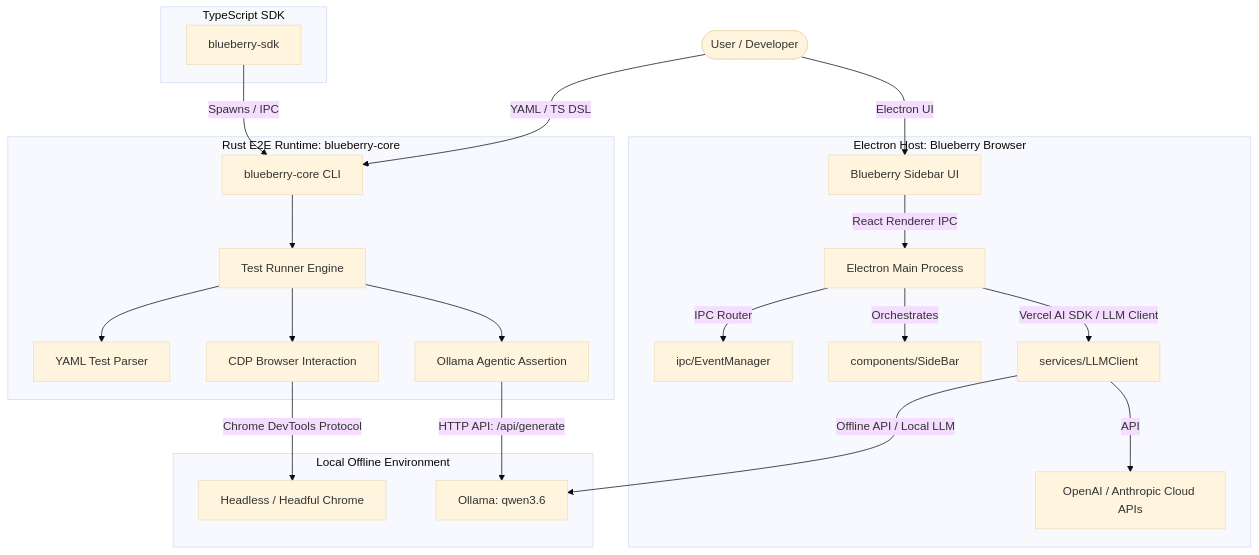
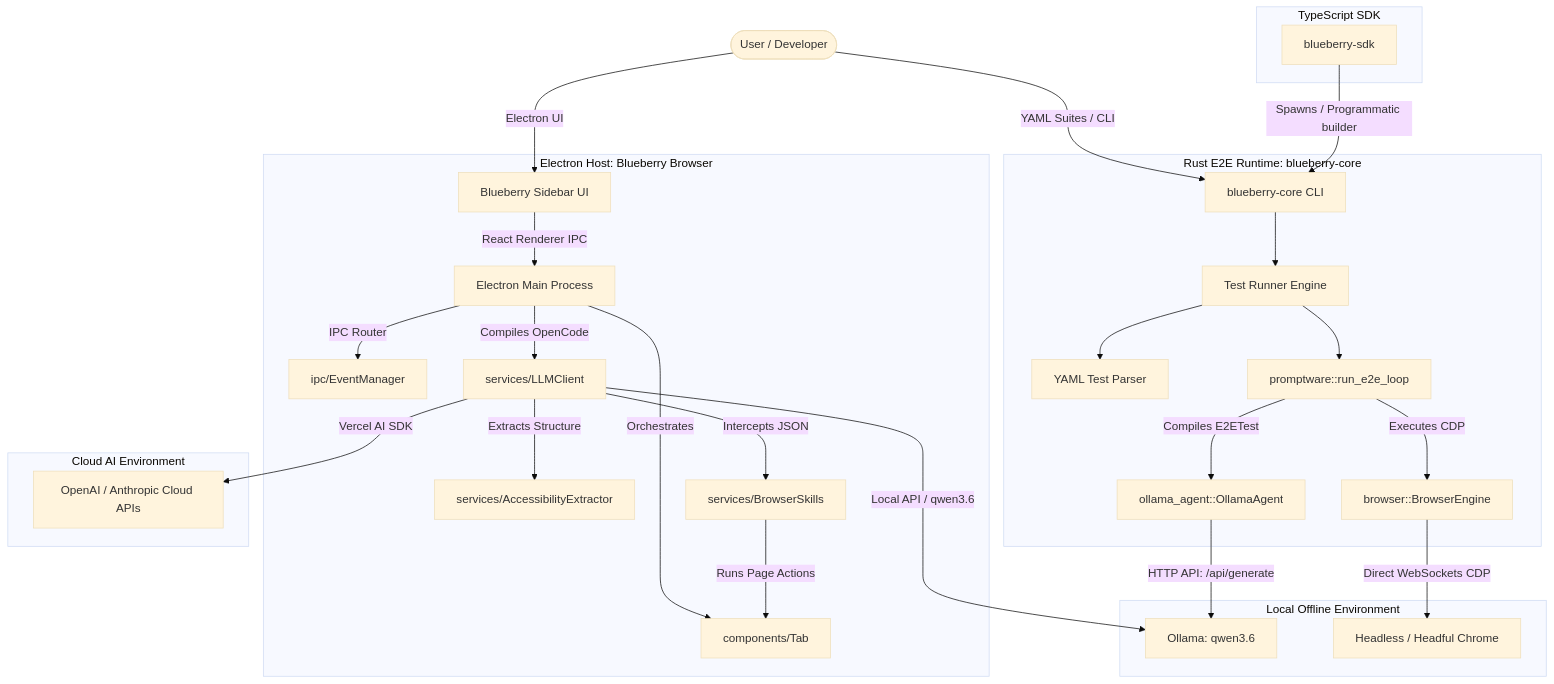
One commit to rorychatt/blueberry-browser changed the diagram in arch.md. Above: the diagram before and after it, drawn with Mermaid (base theme). The commit also changed other lines of this file, not shown here.

Commit message:
docs: update arch.md with Rust core engine details and promptware workflows

````diff
--- a/arch.md
+++ b/arch.md
@@ -11,30 +11,37 @@
 ```mermaid
 graph TD
-    User([User / Developer]) -->|YAML / TS DSL| CoreCLI[blueberry-core CLI]
-    User -->|Electron UI| BrowserUI[Blueberry Sidebar UI]
+    User([User / Developer]) -->|Electron UI| BrowserUI[Blueberry Sidebar UI]
+    User -->|YAML Suites / CLI| CoreCLI[blueberry-core CLI]
+
+    subgraph electron_app [Electron Host: Blueberry Browser]
+        BrowserUI -->|React Renderer IPC| MainProcess[Electron Main Process]
+        MainProcess -->|IPC Router| EventManager[ipc/EventManager]
+        MainProcess -->|Orchestrates| TabComponent[components/Tab]
+        MainProcess -->|Compiles OpenCode| LLMClient[services/LLMClient]
+        LLMClient -->|Extracts Structure| AccessibilityExtractor[services/AccessibilityExtractor]
+        LLMClient -->|Intercepts JSON| BrowserSkills[services/BrowserSkills]
+        BrowserSkills -->|Runs Page Actions| TabComponent
+    end
 
     subgraph Rust E2E Runtime: blueberry-core
         CoreCLI --> Runner[Test Runner Engine]
         Runner --> Parser[YAML Test Parser]
-        Runner --> Interaction[CDP Browser Interaction]
-        Runner --> Agent[Ollama Agentic Assertion]
+        Runner --> PromptwareRS[promptware::run_e2e_loop]
+        PromptwareRS -->|Compiles E2ETest| AgentClient[ollama_agent::OllamaAgent]
+        PromptwareRS -->|Executes CDP| Interaction[browser::BrowserEngine]
     end
 
     subgraph local_env [Local Offline Environment]
-        Interaction -->|Chrome DevTools Protocol| HeadlessChrome[Headless / Headful Chrome]
-        Agent -->|HTTP API: /api/generate| LocalOllama[Ollama: qwen3.6]
+        AgentClient -->|HTTP API: /api/generate| LocalOllama[Ollama: qwen3.6]
+        LLMClient -->|Local API / qwen3.6| LocalOllama
+        Interaction -->|Direct WebSockets CDP| HeadlessChrome[Headless / Headful Chrome]
     end
 
     subgraph ts_sdk [TypeScript SDK]
-        TSSDK[blueberry-sdk] -->|Spawns / IPC| CoreCLI
+        TSSDK[blueberry-sdk] -->|Spawns / Programmatic builder| CoreCLI
     end
 
-    subgraph electron_app [Electron Host: Blueberry Browser]
-        BrowserUI -->|React Renderer IPC| MainProcess[Electron Main Process]
-        MainProcess -->|IPC Router| EventManager[ipc/EventManager]
-        MainProcess -->|Orchestrates| SideBarComponent[components/SideBar]
-        MainProcess -->|Vercel AI SDK / LLM Client| LLMClient[services/LLMClient]
-        LLMClient -->|API| OpenAI[OpenAI / Anthropic Cloud APIs]
-        LLMClient -->|Offline API / Local LLM| LocalOllama
+    subgraph cloud_env [Cloud AI Environment]
+        LLMClient -->|Vercel AI SDK| CloudLLM[OpenAI / Anthropic Cloud APIs]
     end
 ```
````
